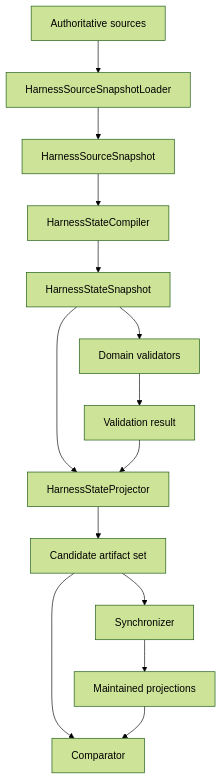
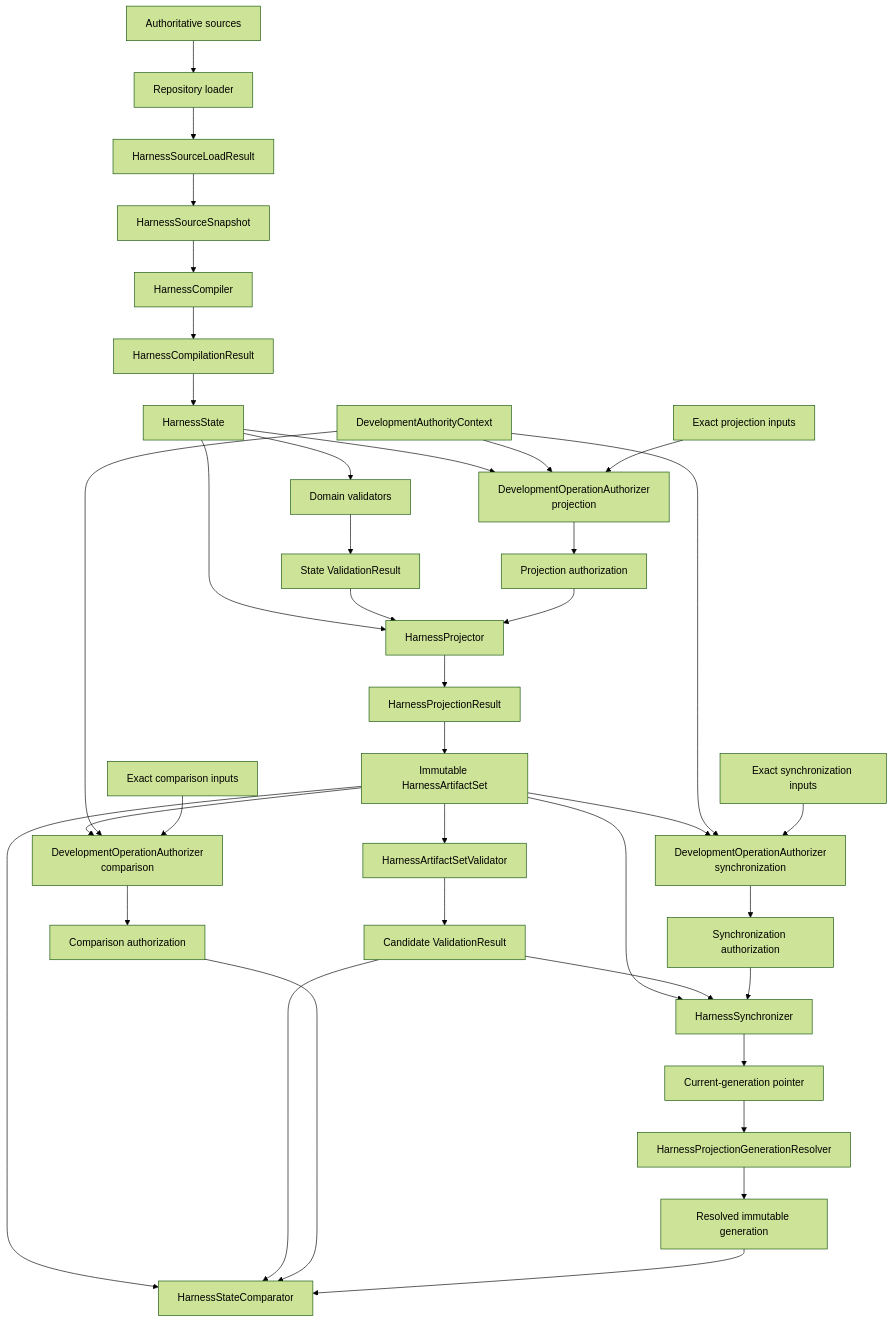
One commit to eragasa/ksdft2effmass changed the first of 6 diagrams in docs/architecture/v2/harness/compiler-architecture.md. Above: the diagram before and after it, drawn with Mermaid (forest theme). The commit also changed other lines of this file and 80 other files, not shown here.

Commit message:
docs: reconcile architecture v2

````diff
--- a/docs/architecture/v2/harness/compiler-architecture.md
+++ b/docs/architecture/v2/harness/compiler-architecture.md
@@ -19,29 +17,46 @@
 ```mermaid
 flowchart TD
-    sources["Authoritative sources"]
-    loader["HarnessSourceSnapshotLoader"]
-    snapshot["HarnessSourceSnapshot"]
-    compiler["HarnessStateCompiler"]
-    state["HarnessStateSnapshot"]
-    validators["Domain validators"]
-    validation["Validation result"]
-    projector["HarnessStateProjector"]
-    artifacts["Candidate artifact set"]
-    synchronizer["Synchronizer"]
-    comparator["Comparator"]
-    maintained["Maintained projections"]
+    sources["Authoritative sources"] --> loader["Repository loader"]
+    loader --> load_result["HarnessSourceLoadResult"]
+    load_result --> snapshot["HarnessSourceSnapshot"]
+    snapshot --> compiler["HarnessCompiler"]
+    compiler --> compilation["HarnessCompilationResult"]
+    compilation --> state["HarnessState"]
+    state --> validators["Domain validators"]
+    validators --> validation["State ValidationResult"]
 
-    sources --> loader
-    loader --> snapshot
-    snapshot --> compiler
-    compiler --> state
-    state --> validators
-    validators --> validation
-    state --> projector
+    authority["DevelopmentAuthorityContext"]
+    state --> project_authorizer["DevelopmentOperationAuthorizer<br/>projection"]
+    authority --> project_authorizer
+    project_request["Exact projection inputs"] --> project_authorizer
+    project_authorizer --> project_authorization["Projection authorization"]
+    state --> projector["HarnessProjector"]
     validation --> projector
-    projector --> artifacts
-    artifacts --> synchronizer
-    artifacts --> comparator
-    synchronizer --> maintained
+    project_authorization --> projector
+    projector --> projection_result["HarnessProjectionResult"]
+    projection_result --> artifacts["Immutable HarnessArtifactSet"]
+
+    artifacts --> candidate_validator["HarnessArtifactSetValidator"]
+    candidate_validator --> candidate_validation["Candidate ValidationResult"]
+
+    artifacts --> sync_authorizer["DevelopmentOperationAuthorizer<br/>synchronization"]
+    authority --> sync_authorizer
+    sync_request["Exact synchronization inputs"] --> sync_authorizer
+    sync_authorizer --> sync_authorization["Synchronization authorization"]
+    artifacts --> synchronizer["HarnessSynchronizer"]
+    candidate_validation --> synchronizer
+    sync_authorization --> synchronizer
+    synchronizer --> pointer["Current-generation pointer"]
+
+    pointer --> resolver["HarnessProjectionGenerationResolver"]
+    resolver --> maintained["Resolved immutable generation"]
+
+    artifacts --> compare_authorizer["DevelopmentOperationAuthorizer<br/>comparison"]
+    authority --> compare_authorizer
+    compare_request["Exact comparison inputs"] --> compare_authorizer
+    compare_authorizer --> compare_authorization["Comparison authorization"]
+    artifacts --> comparator["HarnessStateComparator"]
+    candidate_validation --> comparator
+    compare_authorization --> comparator
     maintained --> comparator
 ```
````
